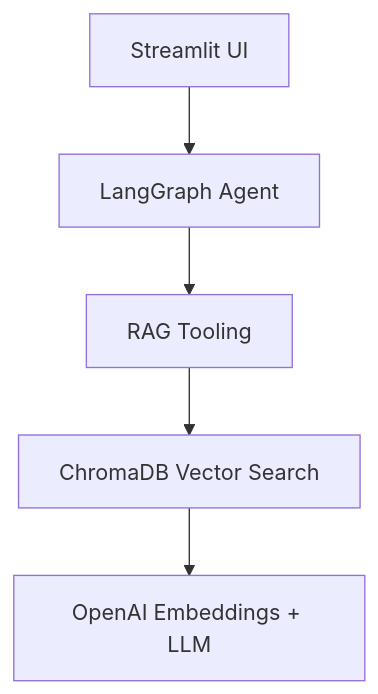
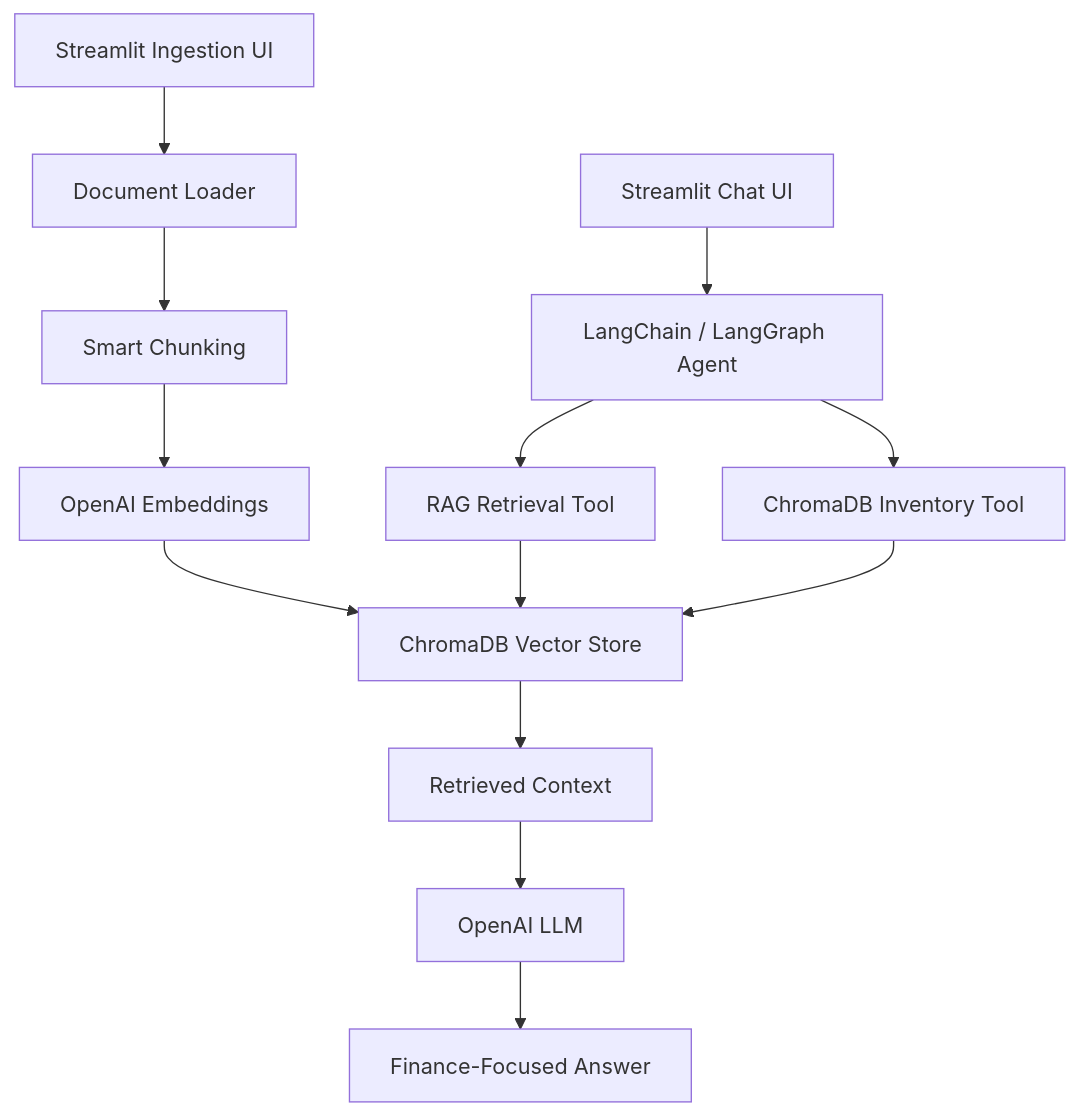
The diagram in README.md (YuukiKibum/enterprise-rag-finance-agent), drawn with Mermaid before and after one commit. The commit also changed other lines of this file, not shown here.

````diff
--- a/README.md
+++ b/README.md
@@ -20,7 +70,16 @@
 ```mermaid
 graph TD
-		A[Streamlit UI] --> B[LangGraph Agent]
-		B --> C[RAG Tooling]
-		C --> D[ChromaDB Vector Search]
-		D --> E[OpenAI Embeddings + LLM]
+    A[Streamlit Ingestion UI] --> B[Document Loader]
+    B --> C[Smart Chunking]
+    C --> D[OpenAI Embeddings]
+    D --> E[ChromaDB Vector Store]
+
+    F[Streamlit Chat UI] --> G[LangChain / LangGraph Agent]
+    G --> H[RAG Retrieval Tool]
+    G --> I[ChromaDB Inventory Tool]
+    H --> E
+    I --> E
+    E --> J[Retrieved Context]
+    J --> K[OpenAI LLM]
+    K --> L[Finance-Focused Answer]
 ```
````
